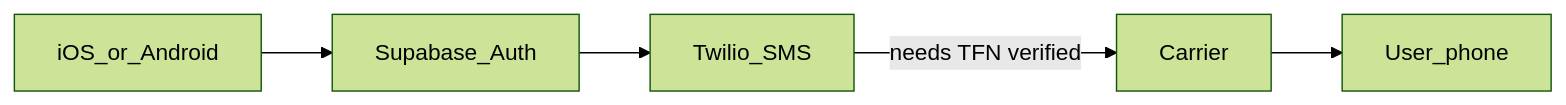
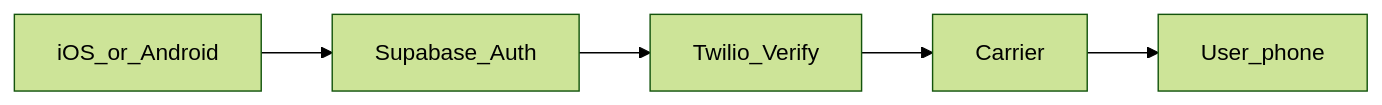
The diagram in docs/phone-otp.md (gymtechlaundry/ride-angels), drawn with Mermaid (forest theme) before and after one commit. The commit also changed other lines of this file and 17 other files, not shown here.

First line of the commit message:
Add store/publish docs, studio profile credit, and Twilio Verify notes.

````diff
--- a/docs/phone-otp.md
+++ b/docs/phone-otp.md
@@ -10,7 +11,7 @@
 ```mermaid
 flowchart LR
   App[iOS_or_Android] --> GoTrue[Supabase_Auth]
-  GoTrue --> Twilio[Twilio_SMS]
-  Twilio -->|"needs TFN verified"| Carrier[Carrier]
+  GoTrue --> Verify[Twilio_Verify]
+  Verify --> Carrier[Carrier]
   Carrier --> Phone[User_phone]
 ```
````
